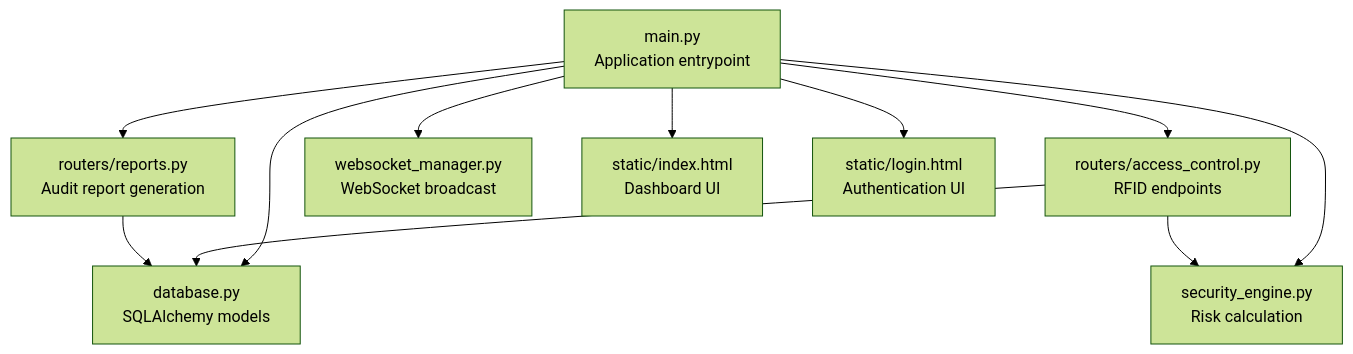
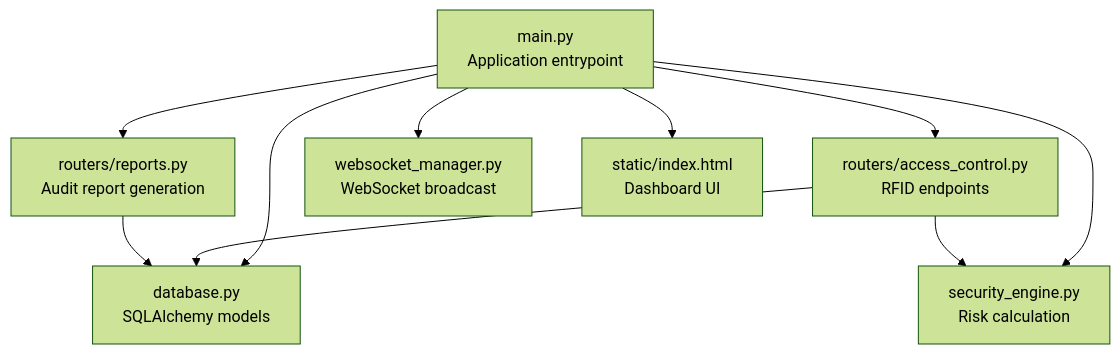
One commit to MohandWaleed3/PentexOne changed the first of 8 diagrams in .qoder/repowiki/en/content/API Reference/Access Control API.md. Above: the diagram before and after it, drawn with Mermaid (forest theme). The commit also changed other lines of this file and 5 other files, not shown here.

````diff
--- a/.qoder/repowiki/en/content/API Reference/Access Control API.md
+++ b/.qoder/repowiki/en/content/API Reference/Access Control API.md
@@ -35,13 +43,12 @@
 ```mermaid
 graph TB
 A["main.py<br/>Application entrypoint"] --> B["routers/access_control.py<br/>RFID endpoints"]
 A --> C["database.py<br/>SQLAlchemy models"]
 A --> D["security_engine.py<br/>Risk calculation"]
 A --> E["routers/reports.py<br/>Audit report generation"]
 A --> F["websocket_manager.py<br/>WebSocket broadcast"]
 A --> G["static/index.html<br/>Dashboard UI"]
-A --> H["static/login.html<br/>Authentication UI"]
 B --> C
 B --> D
 E --> C
 ```
````
